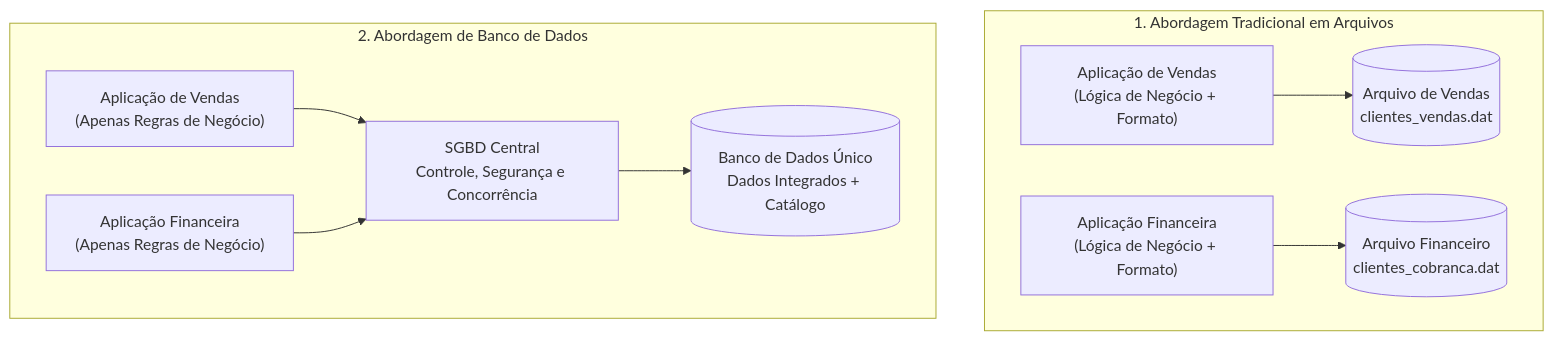
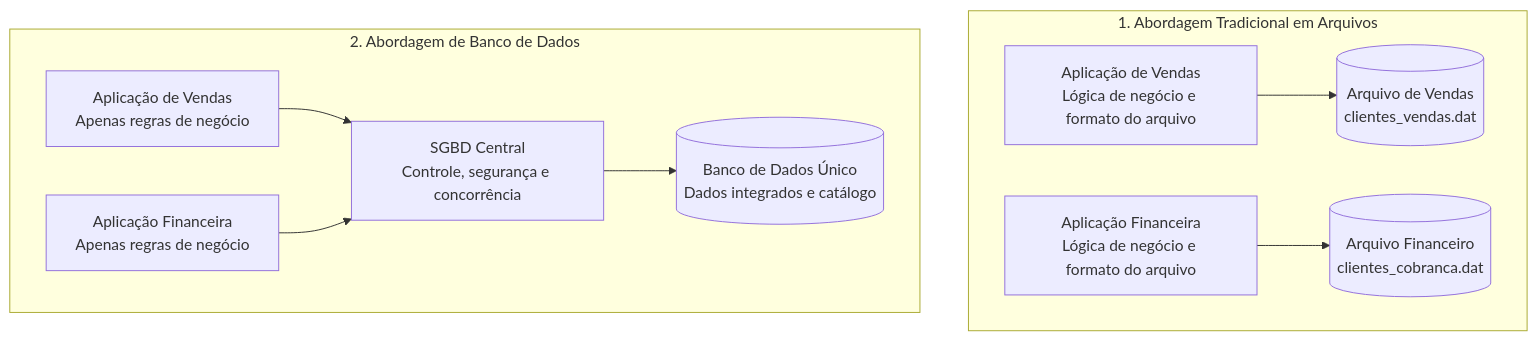
The second of 2 diagrams in 02. Modelagem de Dados/02. Abordagem de arquivos vs. abordagem de banco de dados.md (leorruas/puc), drawn with Mermaid before and after one commit. The commit also changed other lines of this file and 2 other files, not shown here.

Commit message:
docs(rules): enforce Mermaid over ASCII art diagrams and refactor articles 01 and 02

````diff
--- a/02. Modelagem de Dados/02. Abordagem de arquivos vs. abordagem de banco de dados.md
+++ b/02. Modelagem de Dados/02. Abordagem de arquivos vs. abordagem de banco de dados.md
@@ -188,23 +165,23 @@
 ```mermaid
 flowchart TD
     subgraph SubgraphTradicional["1. Abordagem Tradicional em Arquivos"]
-        App1["Aplicação de Vendas<br>(Lógica de Negócio + Formato)"]
+        App1["Aplicação de Vendas<br>Lógica de negócio e formato do arquivo"]
         File1[("Arquivo de Vendas<br>clientes_vendas.dat")]
-        App2["Aplicação Financeira<br>(Lógica de Negócio + Formato)"]
+        App2["Aplicação Financeira<br>Lógica de negócio e formato do arquivo"]
         File2[("Arquivo Financeiro<br>clientes_cobranca.dat")]
         
         App1 --> File1
         App2 --> File2
     end
 
     subgraph SubgraphBancoDados["2. Abordagem de Banco de Dados"]
-        AppA["Aplicação de Vendas<br>(Apenas Regras de Negócio)"]
-        AppB["Aplicação Financeira<br>(Apenas Regras de Negócio)"]
-        SGBD["SGBD Central<br>Controle, Segurança e Concorrência"]
-        BD[("Banco de Dados Único<br>Dados Integrados + Catálogo")]
+        AppA["Aplicação de Vendas<br>Apenas regras de negócio"]
+        AppB["Aplicação Financeira<br>Apenas regras de negócio"]
+        SGBD["SGBD Central<br>Controle, segurança e concorrência"]
+        BD[("Banco de Dados Único<br>Dados integrados e catálogo")]
         
         AppA --> SGBD
         AppB --> SGBD
         SGBD --> BD
     end
 ```
````
